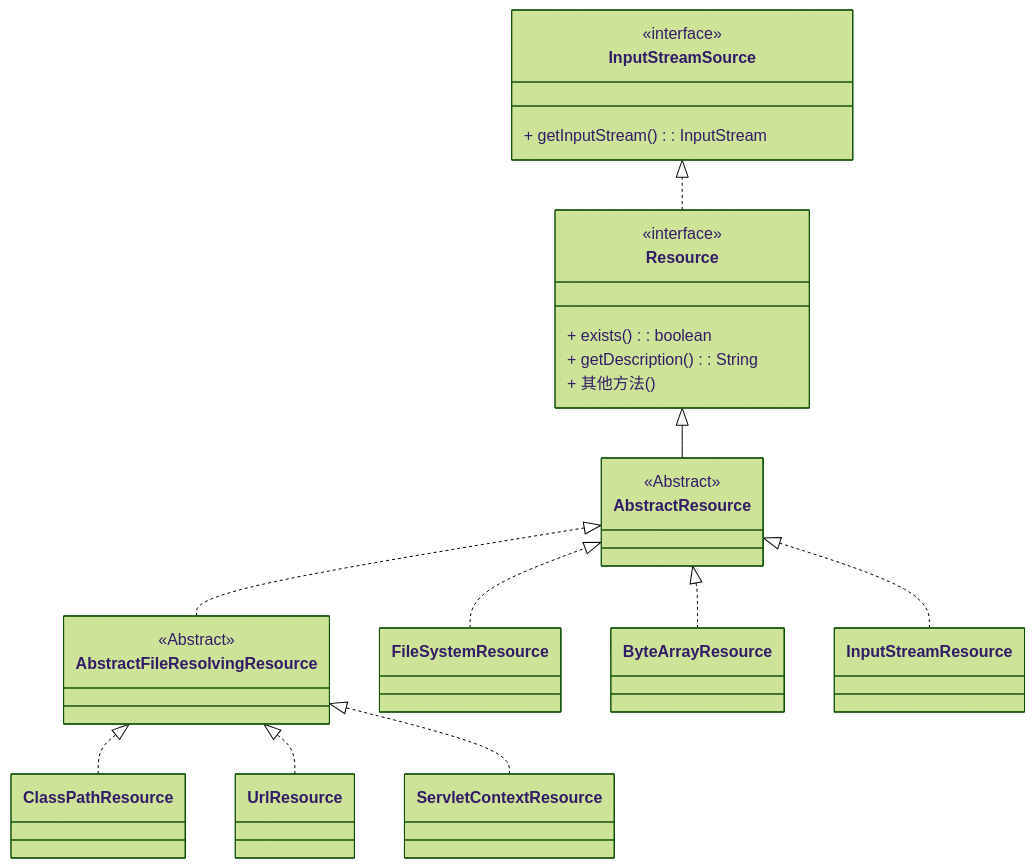
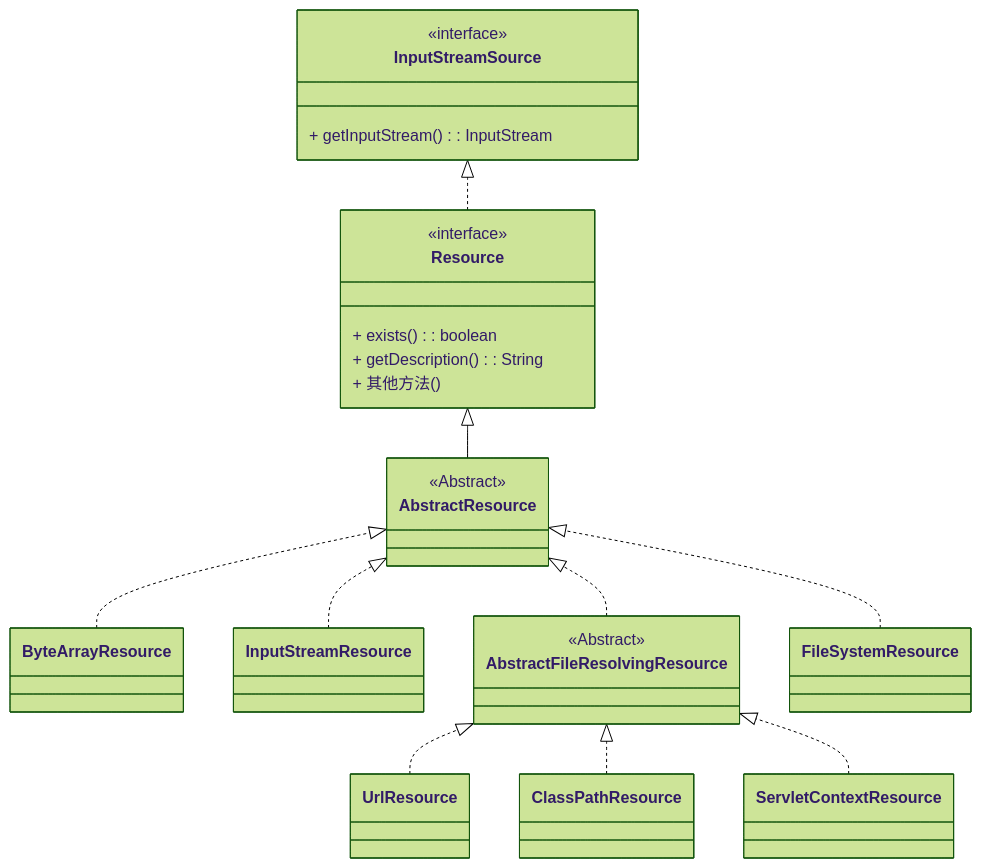
The diagram in spring-resources/spring-resource/README.md (xuchengsheng/spring-reading), drawn with Mermaid (forest theme) before and after one commit. The commit also changed other lines of this file and 1 other file, not shown here.

```diff
--- a/spring-resources/spring-resource/README.md
+++ b/spring-resources/spring-resource/README.md
@@ -179,51 +170,53 @@
 ~~~mermaid
 classDiagram
     direction BT
     
     class InputStreamSource{
     	<<interface>>
     	+ getInputStream(): InputStream
     }
     
     class Resource {
     	<<interface>>
         + exists(): boolean
         + getDescription(): String
         + 其他方法()
     }
-    Resource ..|> InputStreamSource
-
+    
     class AbstractResource {
     	<<Abstract>>
     }
-    AbstractResource --|> Resource
+  
+    class ByteArrayResource {
+    }
+    
+    class InputStreamResource {
+    }
+
+    class ClassPathResource {
+    }
+
+    class UrlResource {
+    }
+
+    class ServletContextResource {
+    }
     
     class AbstractFileResolvingResource {
     	<<Abstract>>
     }
-    AbstractFileResolvingResource ..|> AbstractResource
-
-    class ClassPathResource {
-    }
-    ClassPathResource ..|> AbstractFileResolvingResource
     
     class FileSystemResource {
     }
+    
+    Resource ..|> InputStreamSource
+    AbstractResource --|> Resource
+    ByteArrayResource ..|> AbstractResource
+    InputStreamResource ..|> AbstractResource
+    AbstractFileResolvingResource ..|> AbstractResource
     FileSystemResource ..|> AbstractResource
-    
-    class UrlResource {
-    }
     UrlResource ..|> AbstractFileResolvingResource
-    
-    class ByteArrayResource {
-    }
-    ByteArrayResource ..|> AbstractResource
-    
-    class InputStreamResource {
-    }
-    InputStreamResource ..|> AbstractResource
-    
-    class ServletContextResource {
-    }
+    ClassPathResource ..|> AbstractFileResolvingResource
     ServletContextResource ..|> AbstractFileResolvingResource
+
 ~~~
```
